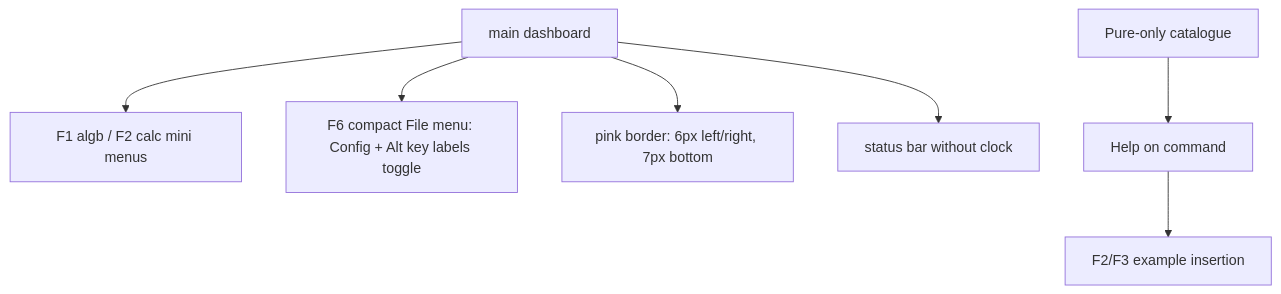
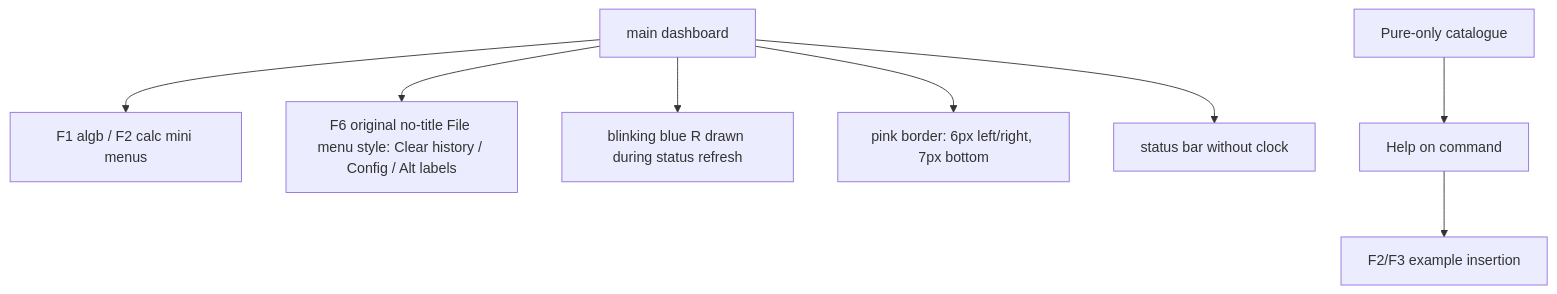
Before and after one commit to james8464/notes-addin-casio-fx-cg50: the fourth of 6 diagrams in docs/GRAPH.md, drawn with Mermaid. The commit also changed other lines of this file and 13 other files, not shown here.

````diff
--- a/docs/GRAPH.md
+++ b/docs/GRAPH.md
@@ -51,9 +53,10 @@
 ```mermaid
 graph TD
   Console["main dashboard"] --> FMenu["F1 algb / F2 calc mini menus"]
-  Console --> F6["F6 compact File menu: Config + Alt key labels toggle"]
+  Console --> F6["F6 original no-title File menu style: Clear history / Config / Alt labels"]
+  Console --> Rec["blinking blue R drawn during status refresh"]
   Console --> Border["pink border: 6px left/right, 7px bottom"]
   Console --> Status["status bar without clock"]
   Catalog["Pure-only catalogue"] --> Help["Help on command"]
   Help --> Examples["F2/F3 example insertion"]
 ```
````
